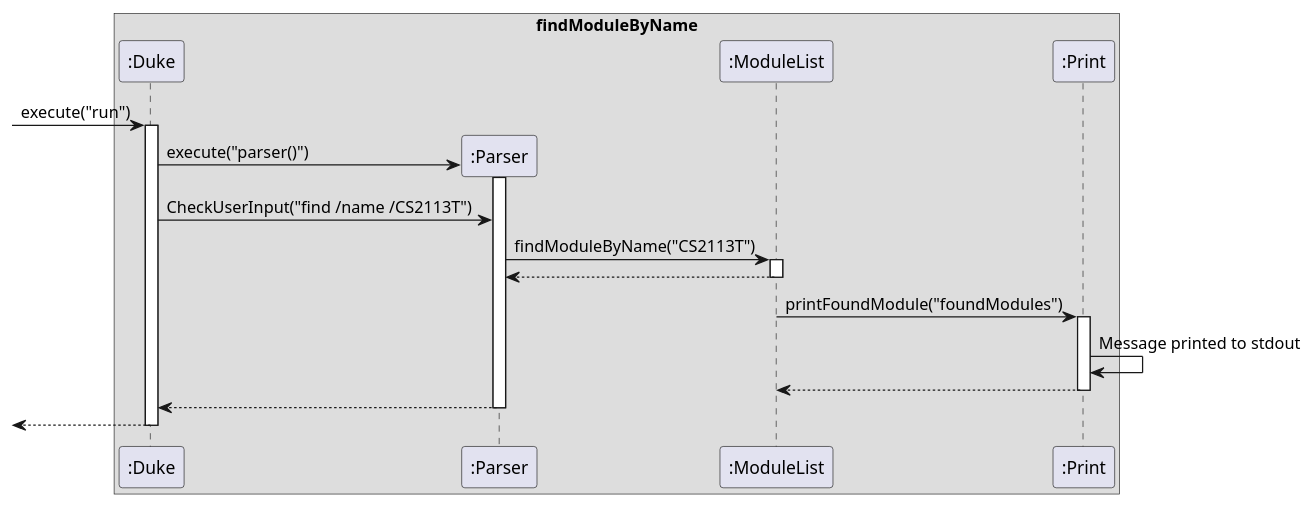
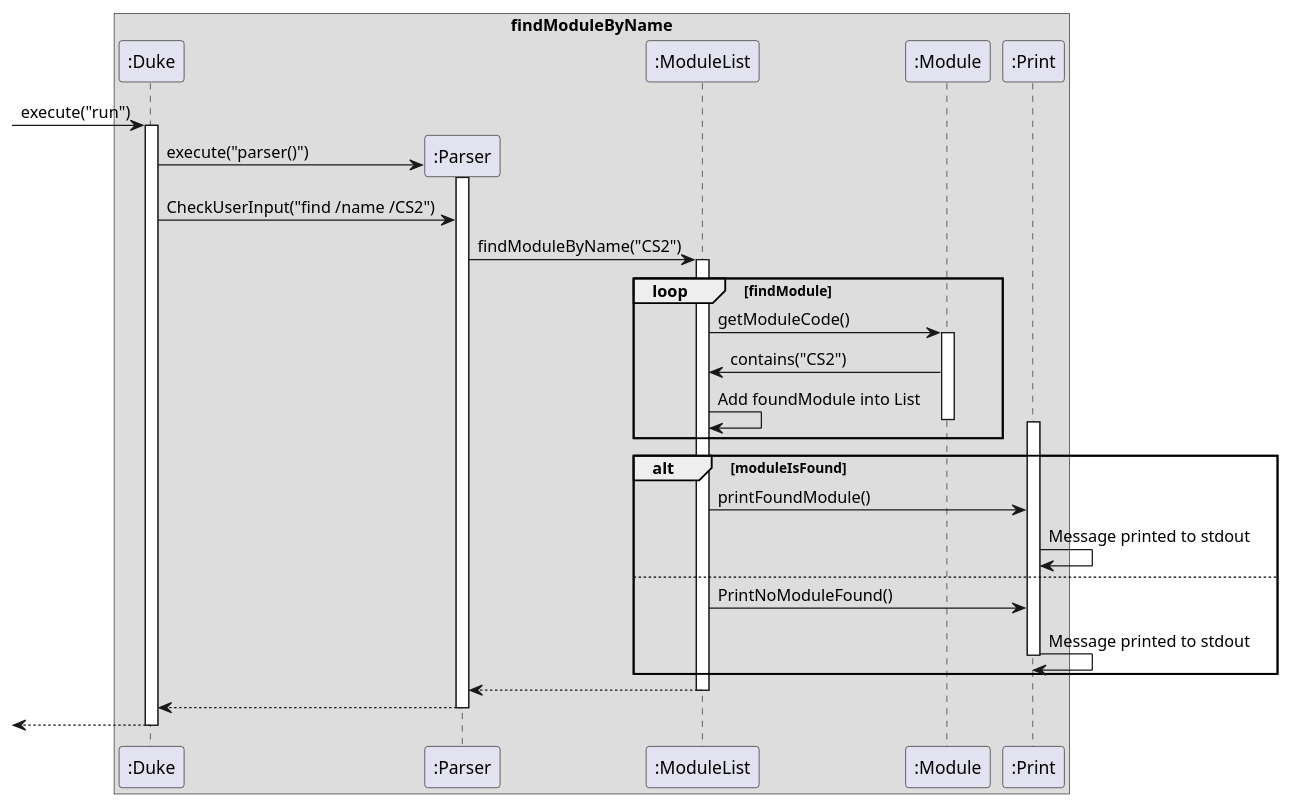
The diagram in docs/diagrams/FindModule.puml (saintzaw/tp), drawn with PlantUML before and after one commit.

Commit message:
Update sequence diagram for findModuleByName method

```diff
--- a/docs/diagrams/FindModule.puml
+++ b/docs/diagrams/FindModule.puml
@@ -1,35 +1,46 @@
 @startuml
 'https://plantuml.com/sequence-diagram
 
 box findModuleByName
 participant ":Duke" as ChatBot
 participant ":Parser" as Parser
 participant ":ModuleList" as ModuleList
+participant ":Module" as Module
 participant ":Print" as Print
-
 end box
 
 [-> ChatBot : execute("run")
 activate ChatBot
 
 create Parser
 ChatBot -> Parser : execute("parser()")
 activate Parser
-ChatBot -> Parser: CheckUserInput("find /name /CS2113T")
 
+ChatBot -> Parser: CheckUserInput("find /name /CS2")
+Parser -> ModuleList : findModuleByName("CS2")
+activate ModuleList
 
-Parser -> ModuleList : findModuleByName("CS2113T")
-activate ModuleList
-return
+loop findModule
+    ModuleList -> Module :getModuleCode()
+    activate Module
+    Module -> ModuleList : contains("CS2")
+    ModuleList -> ModuleList : Add foundModule into List
+    deactivate Module
+    activate Print
+end
 
-ModuleList -> Print : printFoundModule("foundModules")
-activate Print
+alt moduleIsFound
+    ModuleList -> Print : printFoundModule()
 
-Print -> Print : Message printed to stdout
+    Print -> Print : Message printed to stdout
+else
+    ModuleList -> Print : PrintNoModuleFound()
+    Print -> Print : Message printed to stdout
+    deactivate Print
+end
 
 return
 return
 return
 
-
 @enduml
```
